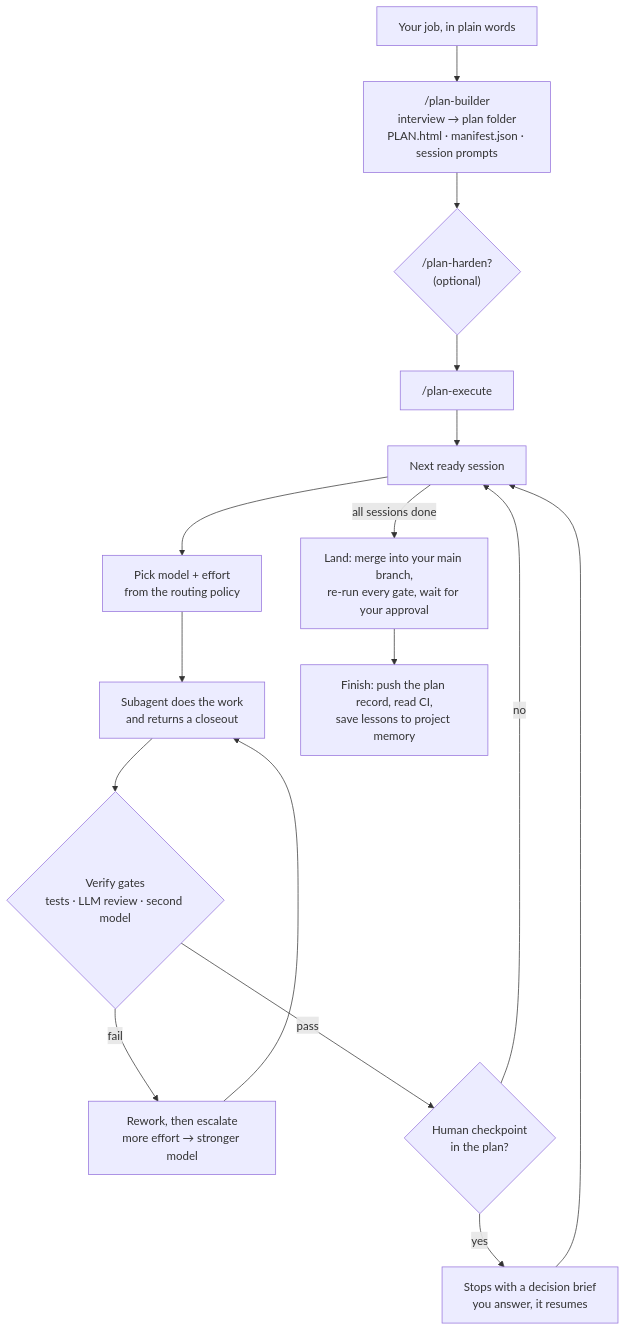
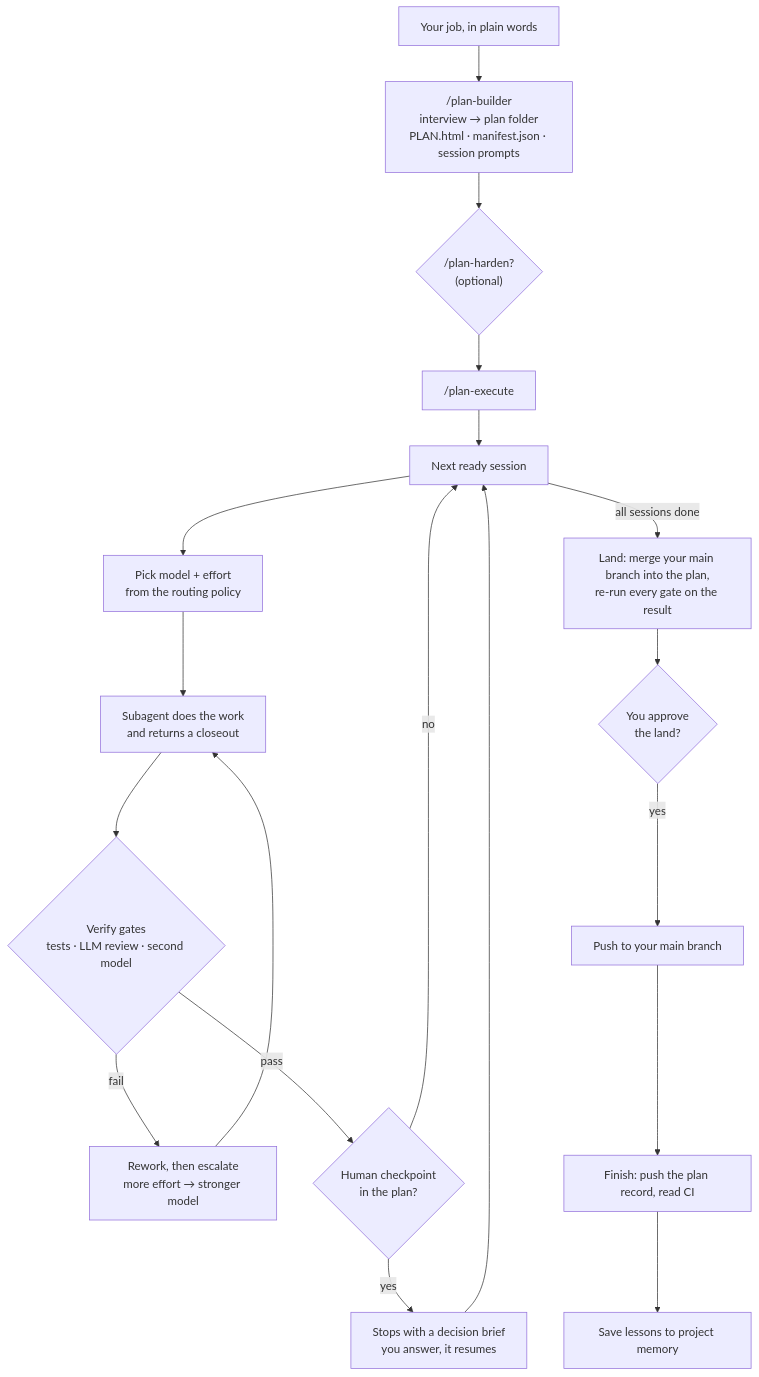
The diagram in docs/PLAN-FRAMEWORK.md (Autopsias/gearbox-routing), drawn with Mermaid before and after one commit. The commit also changed 17 other files, not shown here.

````diff
--- a/docs/PLAN-FRAMEWORK.md
+++ b/docs/PLAN-FRAMEWORK.md
@@ -21,18 +21,21 @@
 ```mermaid
 flowchart TD
     A["Your job, in plain words"] --> B["/plan-builder<br/>interview → plan folder<br/>PLAN.html · manifest.json · session prompts"]
     B --> C{"/plan-harden?<br/>(optional)"}
     C --> D["/plan-execute"]
     D --> E["Next ready session"]
     E --> F["Pick model + effort<br/>from the routing policy"]
     F --> G["Subagent does the work<br/>and returns a closeout"]
     G --> H{"Verify gates<br/>tests · LLM review · second model"}
     H -- fail --> I["Rework, then escalate<br/>more effort → stronger model"]
     I --> G
     H -- pass --> J{"Human checkpoint<br/>in the plan?"}
     J -- yes --> K["Stops with a decision brief<br/>you answer, it resumes"]
     J -- no --> E
     K --> E
-    E -- "all sessions done" --> L["Land: merge into your main branch,<br/>re-run every gate, wait for your approval"]
-    L --> M["Finish: push the plan record, read CI,<br/>save lessons to project memory"]
+    E -- "all sessions done" --> L["Land: merge your main branch into the plan,<br/>re-run every gate on the result"]
+    L --> N{"You approve<br/>the land?"}
+    N -- yes --> P["Push to your main branch"]
+    P --> M["Finish: push the plan record, read CI"]
+    M --> Q["Save lessons to project memory"]
 ```
````
